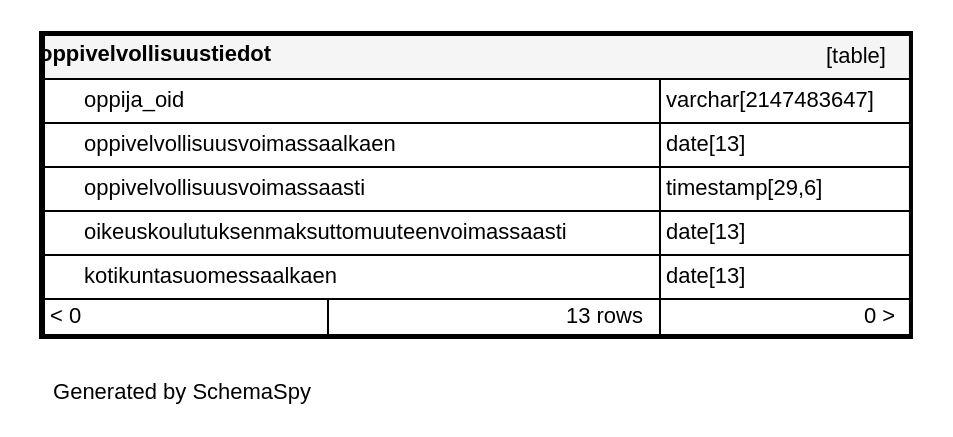
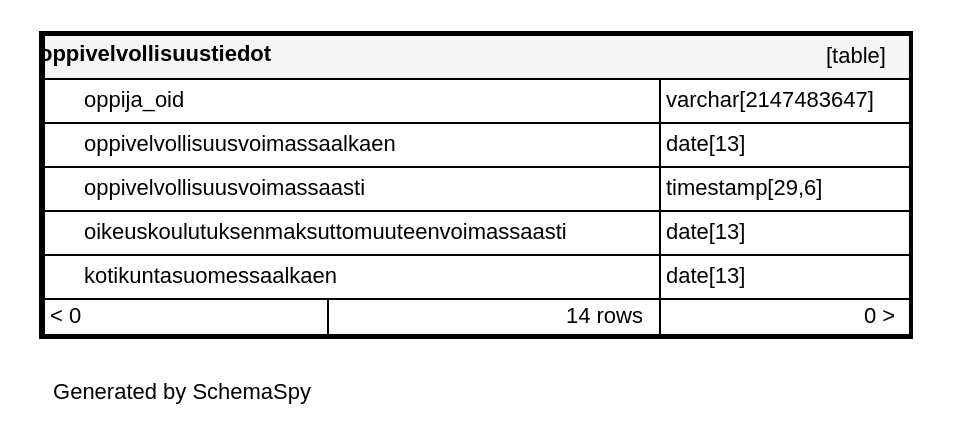
Before and after one commit to Opetushallitus/koski: the diagram in documentation/tietokantaskeemat/koski-raportointikanta/diagrams/tables/oppivelvollisuustiedot.1degree.dot, drawn with Graphviz. The commit also changed 100 other files, not shown here.

```diff
--- a/documentation/tietokantaskeemat/koski-raportointikanta/diagrams/tables/oppivelvollisuustiedot.1degree.dot
+++ b/documentation/tietokantaskeemat/koski-raportointikanta/diagrams/tables/oppivelvollisuustiedot.1degree.dot
@@ -1,18 +1,18 @@
 digraph "oneDegreeRelationshipsDiagram" {
   graph [    rankdir="RL"    bgcolor="#ffffff"    label="\nGenerated by SchemaSpy"    labeljust="l"    nodesep="0.18"    ranksep="0.46"    fontname="Helvetica"    fontsize="11"    ration="compress"  ];  node [    fontname="Helvetica"    fontsize="11"    shape="plaintext"  ];  edge [    arrowsize="0.8"  ];
   "oppivelvollisuustiedot" [
    label=<
     <TABLE BORDER="2" CELLBORDER="1" CELLSPACING="0" BGCOLOR="#ffffff">
       <TR><TD COLSPAN="4"  BGCOLOR="#f5f5f5"><TABLE BORDER="0" CELLSPACING="0"><TR><TD ALIGN="LEFT" FIXEDSIZE="TRUE" WIDTH="126" HEIGHT="16"><B>oppivelvollisuustiedot</B></TD><TD ALIGN="RIGHT">[table]</TD></TR></TABLE></TD></TR>
       <TR><TD PORT="oppija_oid" COLSPAN="2" BGCOLOR="#ffffff" ALIGN="LEFT"><TABLE BORDER="0" CELLSPACING="0" ALIGN="LEFT"><TR ALIGN="LEFT"><TD ALIGN="LEFT" FIXEDSIZE="TRUE" WIDTH="15" HEIGHT="16"></TD><TD ALIGN="LEFT" FIXEDSIZE="TRUE" WIDTH="287" HEIGHT="16">oppija_oid</TD></TR></TABLE></TD><TD PORT="oppija_oid.type" ALIGN="LEFT">varchar[2147483647]</TD></TR>
       <TR><TD PORT="oppivelvollisuusvoimassaalkaen" COLSPAN="2" ALIGN="LEFT"><TABLE BORDER="0" CELLSPACING="0" ALIGN="LEFT"><TR ALIGN="LEFT"><TD ALIGN="LEFT" FIXEDSIZE="TRUE" WIDTH="15" HEIGHT="16"></TD><TD ALIGN="LEFT" FIXEDSIZE="TRUE" WIDTH="287" HEIGHT="16">oppivelvollisuusvoimassaalkaen</TD></TR></TABLE></TD><TD PORT="oppivelvollisuusvoimassaalkaen.type" ALIGN="LEFT">date[13]</TD></TR>
       <TR><TD PORT="oppivelvollisuusvoimassaasti" COLSPAN="2" BGCOLOR="#ffffff" ALIGN="LEFT"><TABLE BORDER="0" CELLSPACING="0" ALIGN="LEFT"><TR ALIGN="LEFT"><TD ALIGN="LEFT" FIXEDSIZE="TRUE" WIDTH="15" HEIGHT="16"></TD><TD ALIGN="LEFT" FIXEDSIZE="TRUE" WIDTH="287" HEIGHT="16">oppivelvollisuusvoimassaasti</TD></TR></TABLE></TD><TD PORT="oppivelvollisuusvoimassaasti.type" ALIGN="LEFT">timestamp[29,6]</TD></TR>
       <TR><TD PORT="oikeuskoulutuksenmaksuttomuuteenvoimassaasti" COLSPAN="2" BGCOLOR="#ffffff" ALIGN="LEFT"><TABLE BORDER="0" CELLSPACING="0" ALIGN="LEFT"><TR ALIGN="LEFT"><TD ALIGN="LEFT" FIXEDSIZE="TRUE" WIDTH="15" HEIGHT="16"></TD><TD ALIGN="LEFT" FIXEDSIZE="TRUE" WIDTH="287" HEIGHT="16">oikeuskoulutuksenmaksuttomuuteenvoimassaasti</TD></TR></TABLE></TD><TD PORT="oikeuskoulutuksenmaksuttomuuteenvoimassaasti.type" ALIGN="LEFT">date[13]</TD></TR>
       <TR><TD PORT="kotikuntasuomessaalkaen" COLSPAN="2" ALIGN="LEFT"><TABLE BORDER="0" CELLSPACING="0" ALIGN="LEFT"><TR ALIGN="LEFT"><TD ALIGN="LEFT" FIXEDSIZE="TRUE" WIDTH="15" HEIGHT="16"></TD><TD ALIGN="LEFT" FIXEDSIZE="TRUE" WIDTH="287" HEIGHT="16">kotikuntasuomessaalkaen</TD></TR></TABLE></TD><TD PORT="kotikuntasuomessaalkaen.type" ALIGN="LEFT">date[13]</TD></TR>
-      <TR><TD ALIGN="LEFT" BGCOLOR="#ffffff">&lt; 0</TD><TD ALIGN="RIGHT" BGCOLOR="#ffffff">13 rows</TD><TD ALIGN="RIGHT" BGCOLOR="#ffffff">0 &gt;</TD></TR>
+      <TR><TD ALIGN="LEFT" BGCOLOR="#ffffff">&lt; 0</TD><TD ALIGN="RIGHT" BGCOLOR="#ffffff">14 rows</TD><TD ALIGN="RIGHT" BGCOLOR="#ffffff">0 &gt;</TD></TR>
     </TABLE>>
     URL="../../tables/oppivelvollisuustiedot.html"
     target="_top"
     tooltip="oppivelvollisuustiedot"
   ];
 }
```
